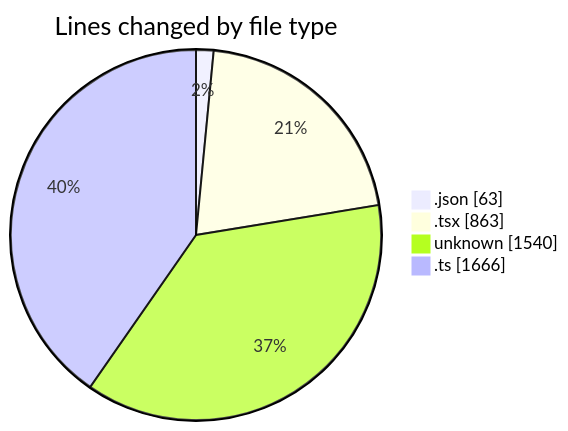
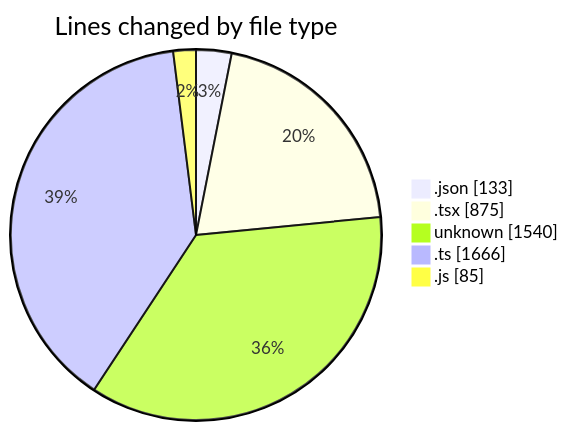
The first of 2 diagrams in 2025-01-03/nextjs-webllm/README.md (ernivani/code-tracking), drawn with Mermaid before and after one commit. The commit also changed other lines of this file and 5 other files, not shown here.

````diff
--- a/2025-01-03/nextjs-webllm/README.md
+++ b/2025-01-03/nextjs-webllm/README.md
@@ -36,8 +38,9 @@
 ```mermaid
 pie showData
 title Lines changed by file type
-".json" : 63
-".tsx" : 863
+".json" : 133
+".tsx" : 875
 "unknown" : 1540
 ".ts" : 1666
+".js" : 85
 ```
````
